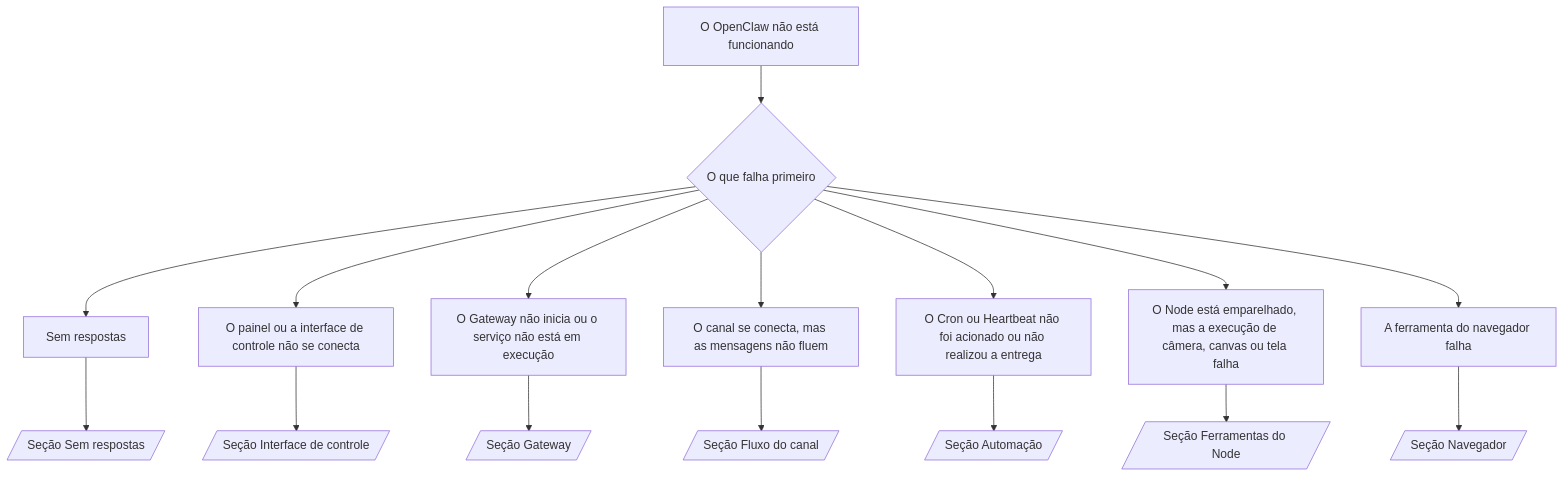
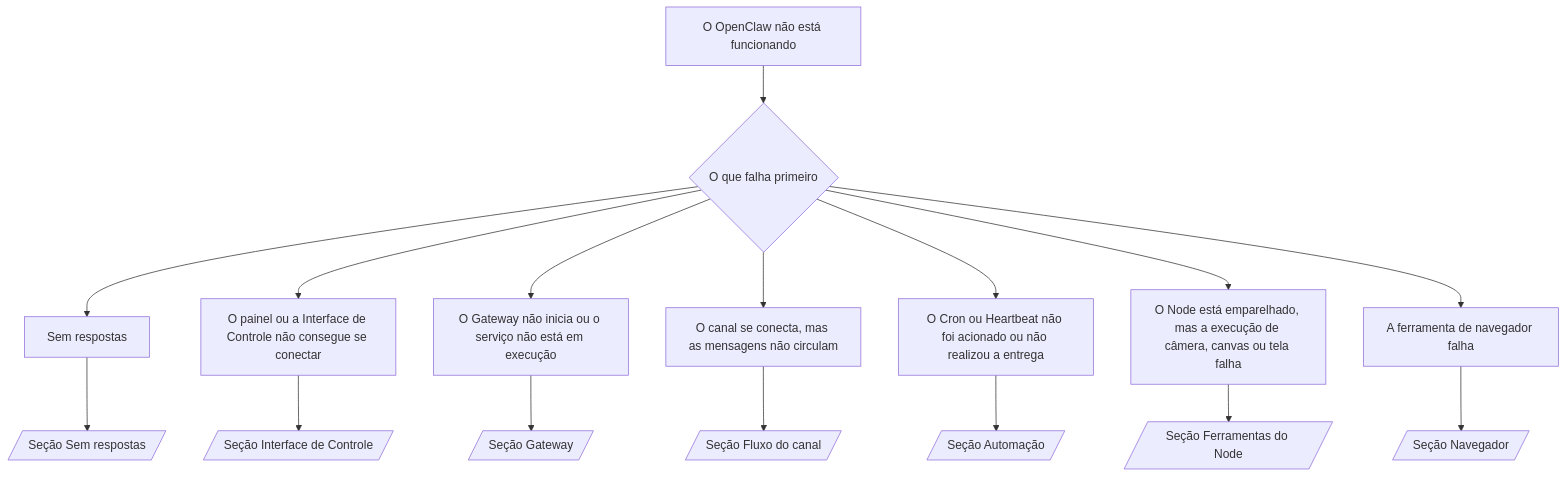
One commit to openclaw/docs changed the diagram in docs/pt-BR/help/troubleshooting.md. Above: the diagram before and after it, drawn with Mermaid. The commit also changed other lines of this file and 11240 other files, not shown here.

````diff
--- a/docs/pt-BR/help/troubleshooting.md
+++ b/docs/pt-BR/help/troubleshooting.md
@@ -192,19 +191,19 @@
 ```mermaid
 flowchart TD
   A[O OpenClaw não está funcionando] --> B{O que falha primeiro}
   B --> C[Sem respostas]
-  B --> D[O painel ou a interface de controle não se conecta]
+  B --> D[O painel ou a Interface de Controle não consegue se conectar]
   B --> E[O Gateway não inicia ou o serviço não está em execução]
-  B --> F[O canal se conecta, mas as mensagens não fluem]
+  B --> F[O canal se conecta, mas as mensagens não circulam]
   B --> G[O Cron ou Heartbeat não foi acionado ou não realizou a entrega]
   B --> H[O Node está emparelhado, mas a execução de câmera, canvas ou tela falha]
-  B --> I[A ferramenta do navegador falha]
+  B --> I[A ferramenta de navegador falha]
 
   C --> C1[/Seção Sem respostas/]
-  D --> D1[/Seção Interface de controle/]
+  D --> D1[/Seção Interface de Controle/]
   E --> E1[/Seção Gateway/]
   F --> F1[/Seção Fluxo do canal/]
   G --> G1[/Seção Automação/]
   H --> H1[/Seção Ferramentas do Node/]
   I --> I1[/Seção Navegador/]
 ```
````
